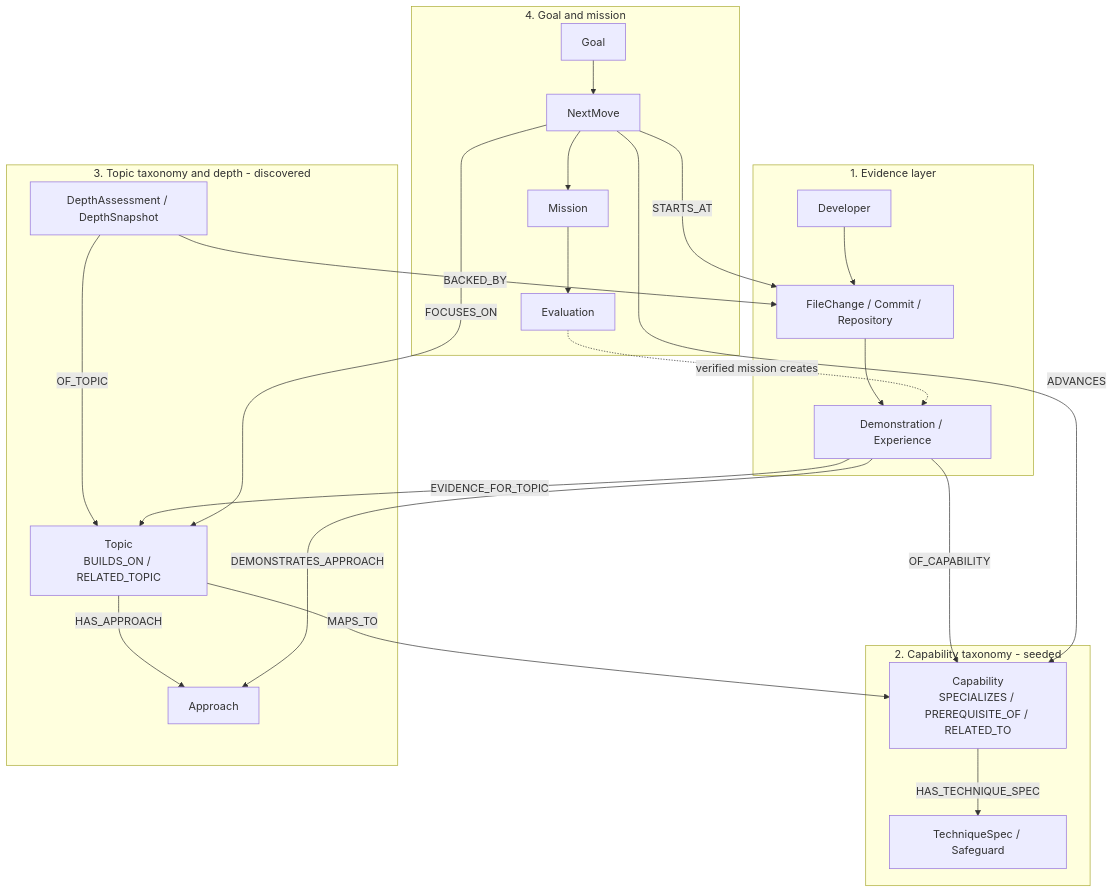
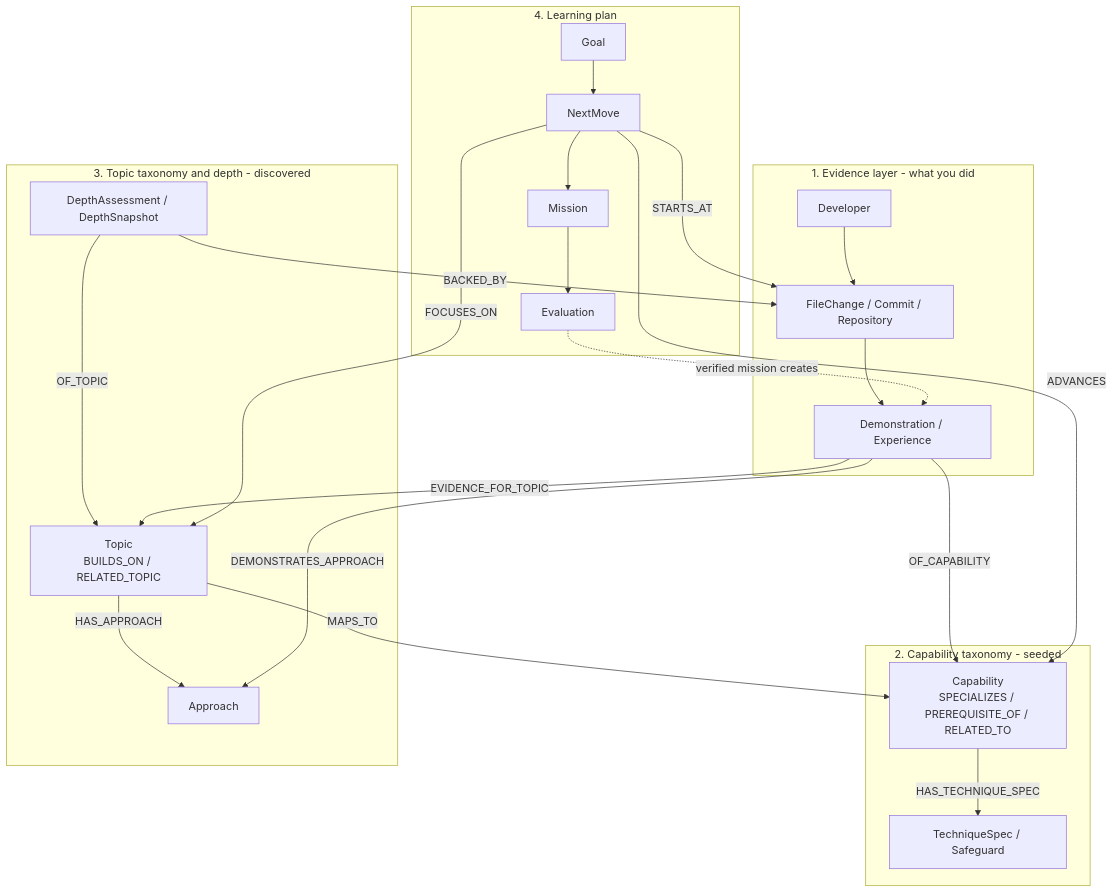
Before and after one commit to AymaanPathan/pathaway.io: the third of 15 diagrams in README.md, drawn with Mermaid. The commit also changed other lines of this file, not shown here.

````diff
--- a/README.md
+++ b/README.md
@@ -249,31 +256,31 @@
 ```mermaid
 flowchart TB
-    subgraph L1[1. Evidence layer]
+    subgraph L1[1. Evidence layer - what you did]
         D1[Developer] --> FC[FileChange / Commit / Repository]
         FC --> DEM[Demonstration / Experience]
     end
     subgraph L2[2. Capability taxonomy - seeded]
         CAP[Capability<br/>SPECIALIZES / PREREQUISITE_OF / RELATED_TO]
         TS[TechniqueSpec / Safeguard]
     end
     subgraph L3[3. Topic taxonomy and depth - discovered]
         TOP[Topic<br/>BUILDS_ON / RELATED_TOPIC]
         APP[Approach]
         DA2[DepthAssessment / DepthSnapshot]
     end
-    subgraph L4[4. Goal and mission]
+    subgraph L4[4. Learning plan]
         GOAL[Goal] --> NM[NextMove] --> MIS[Mission] --> EVAL[Evaluation]
     end
     DEM -->|OF_CAPABILITY| CAP
     CAP -->|HAS_TECHNIQUE_SPEC| TS
     TOP -->|MAPS_TO| CAP
     TOP -->|HAS_APPROACH| APP
     DA2 -->|OF_TOPIC| TOP
     DA2 -->|BACKED_BY| FC
     DEM -->|EVIDENCE_FOR_TOPIC| TOP
     DEM -->|DEMONSTRATES_APPROACH| APP
     NM -->|FOCUSES_ON| TOP
     NM -->|ADVANCES| CAP
     NM -->|STARTS_AT| FC
     EVAL -.->|verified mission creates| DEM
 ```
````
